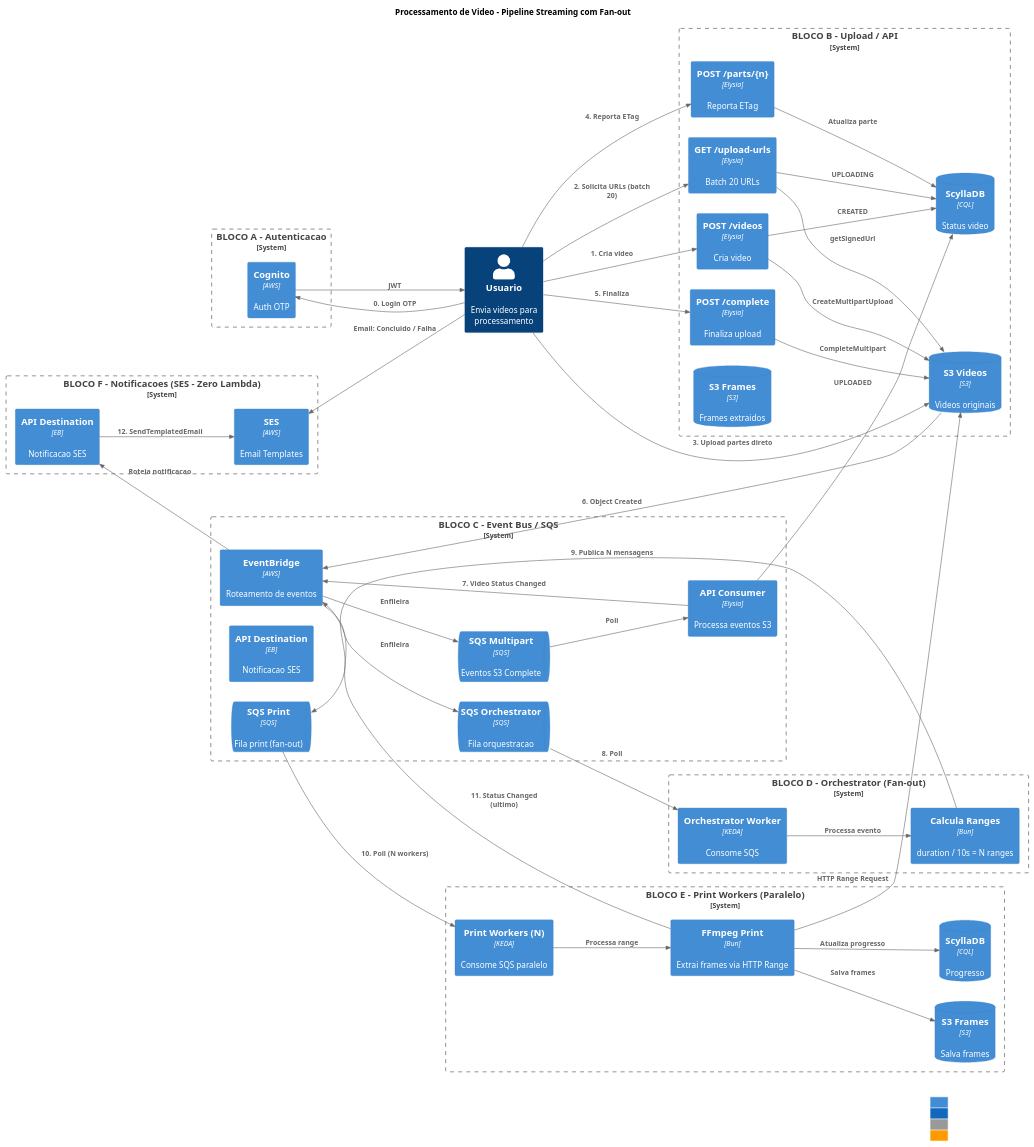
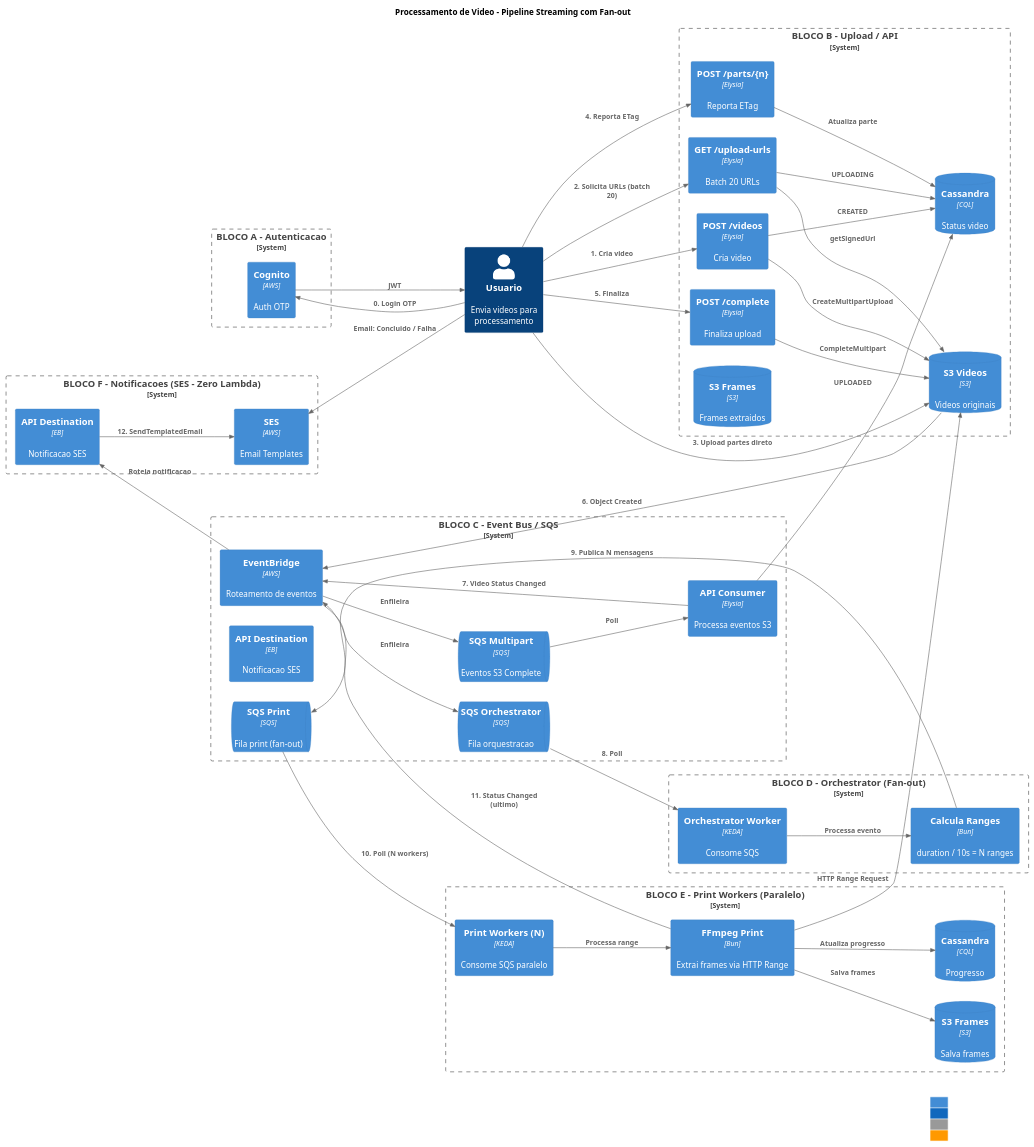
Before and after one commit to FreitasArao/fiap-image: the diagram in docs/hld-flow.puml, drawn with PlantUML. The commit also changed 21 other files, not shown here.

Commit message:
docs: Enhance README and infrastructure decision documentation with architecture insights and structured logging conventions; update diagrams to reflect Cassandra naming and improve clarity on architectural decisions

```diff
--- a/docs/hld-flow.puml
+++ b/docs/hld-flow.puml
@@ -1,98 +1,98 @@
 @startuml HLD-Flow-Blocks
 !include https://raw.githubusercontent.com/plantuml-stdlib/C4-PlantUML/master/C4_Container.puml
 !include https://raw.githubusercontent.com/plantuml-stdlib/C4-PlantUML/master/C4_Context.puml
 
 LAYOUT_LEFT_RIGHT()
 HIDE_STEREOTYPE()
 title Processamento de Video - Pipeline Streaming com Fan-out
 
 legend right
   |= Cor |= Tipo |
   | <#438DD5> | AWS Services |
   | <#1168BD> | API / Backend |
   | <#999999> | Kubernetes |
   | <#FF9900> | Banco de Dados |
 endlegend
 
 Person(user, "Usuario", "Envia videos para processamento")
 
 System_Boundary(block_auth, "BLOCO A - Autenticacao") {
   Container(cognito_A, "Cognito", "AWS", "Auth OTP")
 }
 Rel(user, cognito_A, "0. Login OTP")
 Rel(cognito_A, user, "JWT")
 
 System_Boundary(block_upload, "BLOCO B - Upload / API") {
   Container(apiVideos_B, "POST /videos", "Elysia", "Cria video")
   Container(apiUrls_B, "GET /upload-urls", "Elysia", "Batch 20 URLs")
   Container(apiParts_B, "POST /parts/{n}", "Elysia", "Reporta ETag")
   Container(apiComplete_B, "POST /complete", "Elysia", "Finaliza upload")
   ContainerDb(s3Videos_B, "S3 Videos", "S3", "Videos originais")
   ContainerDb(s3Frames_B, "S3 Frames", "S3", "Frames extraidos")
-  ContainerDb(cassandra_B, "ScyllaDB", "CQL", "Status video")
+  ContainerDb(cassandra_B, "Cassandra", "CQL", "Status video")
 }
 
 Rel(user, apiVideos_B, "1. Cria video")
 Rel(apiVideos_B, s3Videos_B, "CreateMultipartUpload")
 Rel(apiVideos_B, cassandra_B, "CREATED")
 
 Rel(user, apiUrls_B, "2. Solicita URLs (batch 20)")
 Rel(apiUrls_B, s3Videos_B, "getSignedUrl")
 Rel(apiUrls_B, cassandra_B, "UPLOADING")
 
 Rel(user, s3Videos_B, "3. Upload partes direto")
 Rel(user, apiParts_B, "4. Reporta ETag")
 Rel(apiParts_B, cassandra_B, "Atualiza parte")
 
 Rel(user, apiComplete_B, "5. Finaliza")
 Rel(apiComplete_B, s3Videos_B, "CompleteMultipart")
 
 System_Boundary(block_events, "BLOCO C - Event Bus / SQS") {
   Container(eventbridge_C, "EventBridge", "AWS", "Roteamento de eventos")
   ContainerQueue(sqsMultipart_C, "SQS Multipart", "SQS", "Eventos S3 Complete")
   Container(apiConsumer_C, "API Consumer", "Elysia", "Processa eventos S3")
   Container(apiDestSES_C, "API Destination", "EB", "Notificacao SES")
   ContainerQueue(sqsOrch_C, "SQS Orchestrator", "SQS", "Fila orquestracao")
   ContainerQueue(sqsPrint_C, "SQS Print", "SQS", "Fila print (fan-out)")
 }
 
 Rel(s3Videos_B, eventbridge_C, "6. Object Created")
 Rel(eventbridge_C, sqsMultipart_C, "Enfileira")
 Rel(sqsMultipart_C, apiConsumer_C, "Poll")
 Rel(apiConsumer_C, cassandra_B, "UPLOADED")
 Rel(apiConsumer_C, eventbridge_C, "7. Video Status Changed")
 Rel(eventbridge_C, sqsOrch_C, "Enfileira")
 
 System_Boundary(block_orch, "BLOCO D - Orchestrator (Fan-out)") {
   Container(kedaOrch_D, "Orchestrator Worker", "KEDA", "Consome SQS")
   Container(jobOrch_D, "Calcula Ranges", "Bun", "duration / 10s = N ranges")
 }
 
 Rel(sqsOrch_C, kedaOrch_D, "8. Poll")
 Rel(kedaOrch_D, jobOrch_D, "Processa evento")
 Rel(jobOrch_D, sqsPrint_C, "9. Publica N mensagens")
 
 System_Boundary(block_print, "BLOCO E - Print Workers (Paralelo)") {
   Container(kedaPrint_E, "Print Workers (N)", "KEDA", "Consome SQS paralelo")
   Container(jobPrint_E, "FFmpeg Print", "Bun", "Extrai frames via HTTP Range")
   ContainerDb(s3Frames_E, "S3 Frames", "S3", "Salva frames")
-  ContainerDb(cassandra_E, "ScyllaDB", "CQL", "Progresso")
+  ContainerDb(cassandra_E, "Cassandra", "CQL", "Progresso")
 }
 
 Rel(sqsPrint_C, kedaPrint_E, "10. Poll (N workers)")
 Rel(kedaPrint_E, jobPrint_E, "Processa range")
 Rel(jobPrint_E, s3Videos_B, "HTTP Range Request")
 Rel(jobPrint_E, s3Frames_E, "Salva frames")
 Rel(jobPrint_E, cassandra_E, "Atualiza progresso")
 Rel(jobPrint_E, eventbridge_C, "11. Status Changed (ultimo)")
 
 System_Boundary(block_notify, "BLOCO F - Notificacoes (SES - Zero Lambda)") {
   Container(apiDestSES_F, "API Destination", "EB", "Notificacao SES")
   Container(ses_F, "SES", "AWS", "Email Templates")
 }
 
 Rel(eventbridge_C, apiDestSES_F, "Roteia notificacao")
 Rel(apiDestSES_F, ses_F, "12. SendTemplatedEmail")
 Rel_Back(ses_F, user, "Email: Concluido / Falha")
 
 @enduml
```
